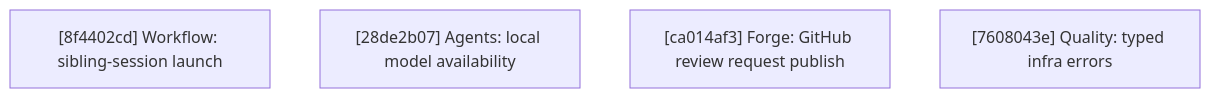
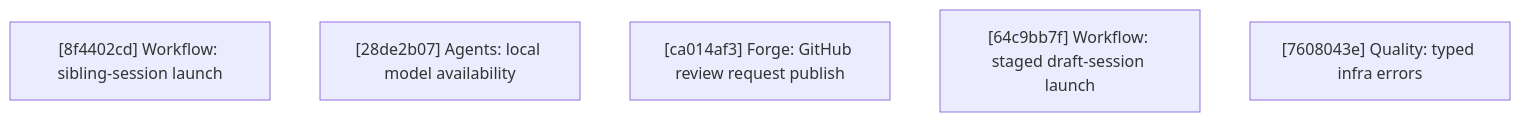
Before and after one commit to opencloudtool/agentty: the diagram in docs/plan/roadmap.md, drawn with Mermaid. The commit also changed other lines of this file, not shown here.

First line of the commit message:
Promote staged draft-session launch to Ready Now

````diff
--- a/docs/plan/roadmap.md
+++ b/docs/plan/roadmap.md
@@ -154,7 +182,8 @@
 ```mermaid
 flowchart TD
     R1["[8f4402cd] Workflow: sibling-session launch"]
     R2["[28de2b07] Agents: local model availability"]
     R3["[ca014af3] Forge: GitHub review request publish"]
-    R4["[7608043e] Quality: typed infra errors"]
+    R4["[64c9bb7f] Workflow: staged draft-session launch"]
+    R5["[7608043e] Quality: typed infra errors"]
 ```
````
